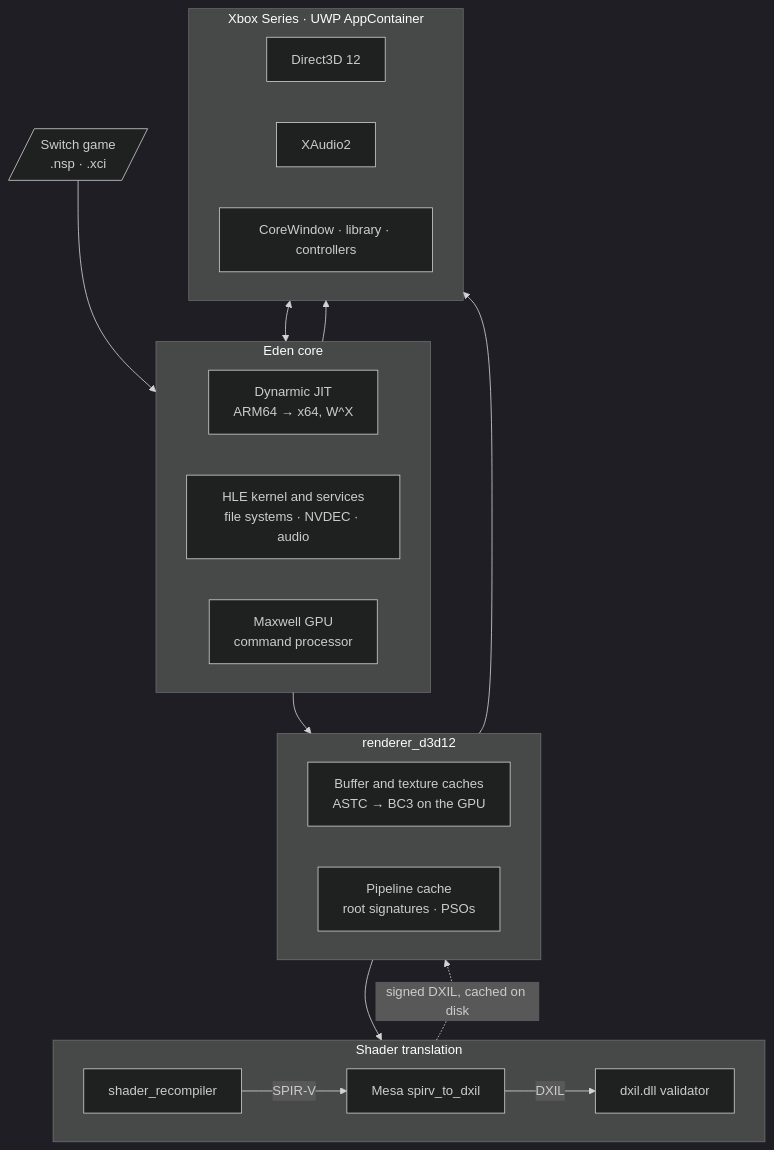
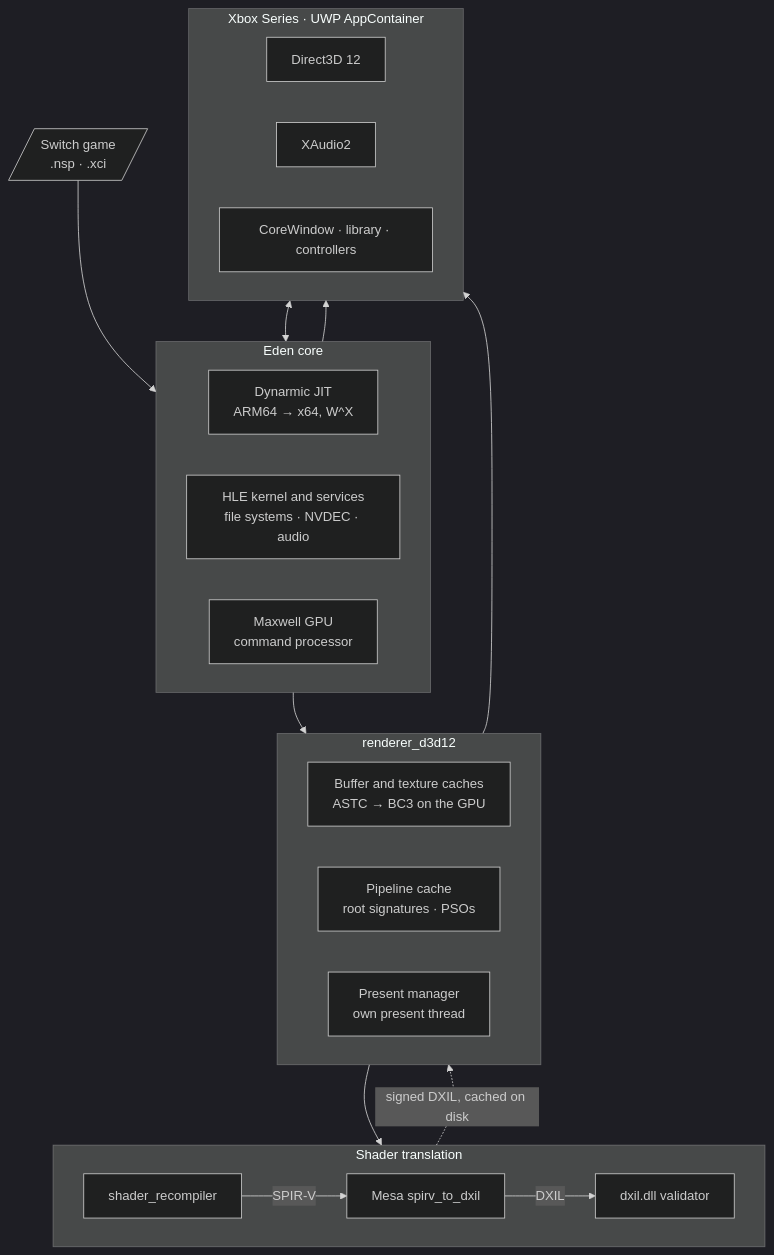
One commit to JulianDr14/eden-xbox changed the diagram in README.md. Above: the diagram before and after it, drawn with Mermaid (dark theme). The commit also changed other lines of this file and 1 other file, not shown here.

First line of the commit message:
docs: describe the renderer layout and the present thread in the README

````diff
--- a/README.md
+++ b/README.md
@@ -68,37 +68,38 @@
 ```mermaid
 flowchart TB
     rom[/"Switch game<br/>.nsp · .xci"/]
 
     subgraph core["Eden core"]
         direction LR
         cpu["Dynarmic JIT<br/>ARM64 → x64, W^X"]
         hle["HLE kernel and services<br/>file systems · NVDEC · audio"]
         gpu["Maxwell GPU<br/>command processor"]
     end
 
     subgraph d3d["renderer_d3d12"]
         direction LR
         caches["Buffer and texture caches<br/>ASTC → BC3 on the GPU"]
         pipes["Pipeline cache<br/>root signatures · PSOs"]
+        present["Present manager<br/>own present thread"]
     end
 
     subgraph shaders["Shader translation"]
         direction LR
         rec["shader_recompiler"] -- SPIR-V --> s2d["Mesa spirv_to_dxil"] -- DXIL --> sign["dxil.dll validator"]
     end
 
     subgraph host["Xbox Series · UWP AppContainer"]
         direction LR
         dx["Direct3D 12"]
         xa["XAudio2"]
         ui["CoreWindow · library · controllers"]
     end
 
     rom --> core
     gpu --> d3d
     pipes --> shaders
     sign -. "signed DXIL, cached on disk" .-> pipes
     d3d --> dx
     hle --> xa
     ui <--> core
 ```
````
